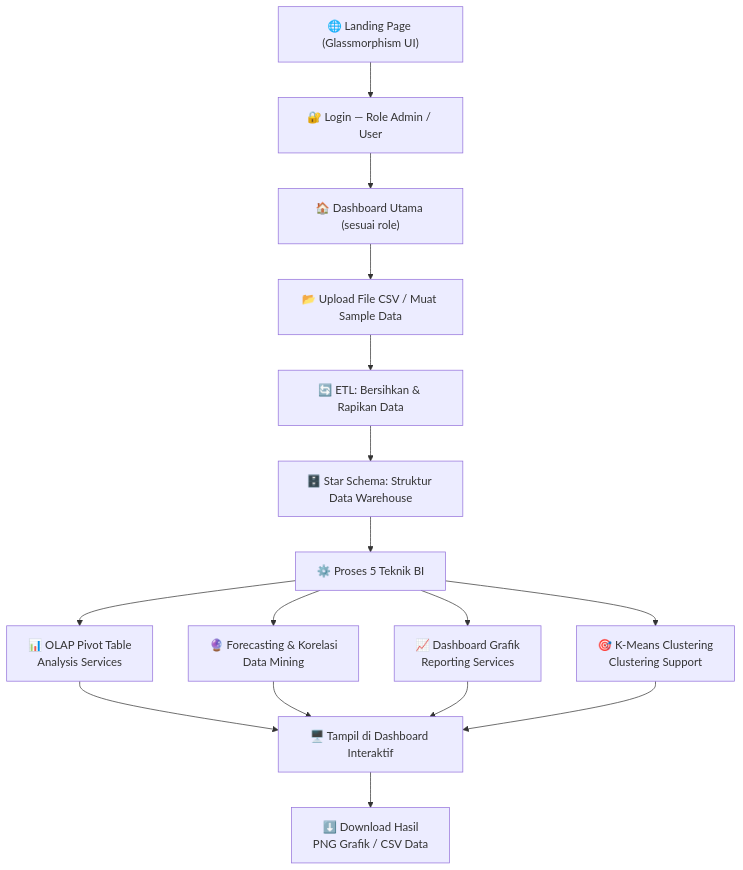
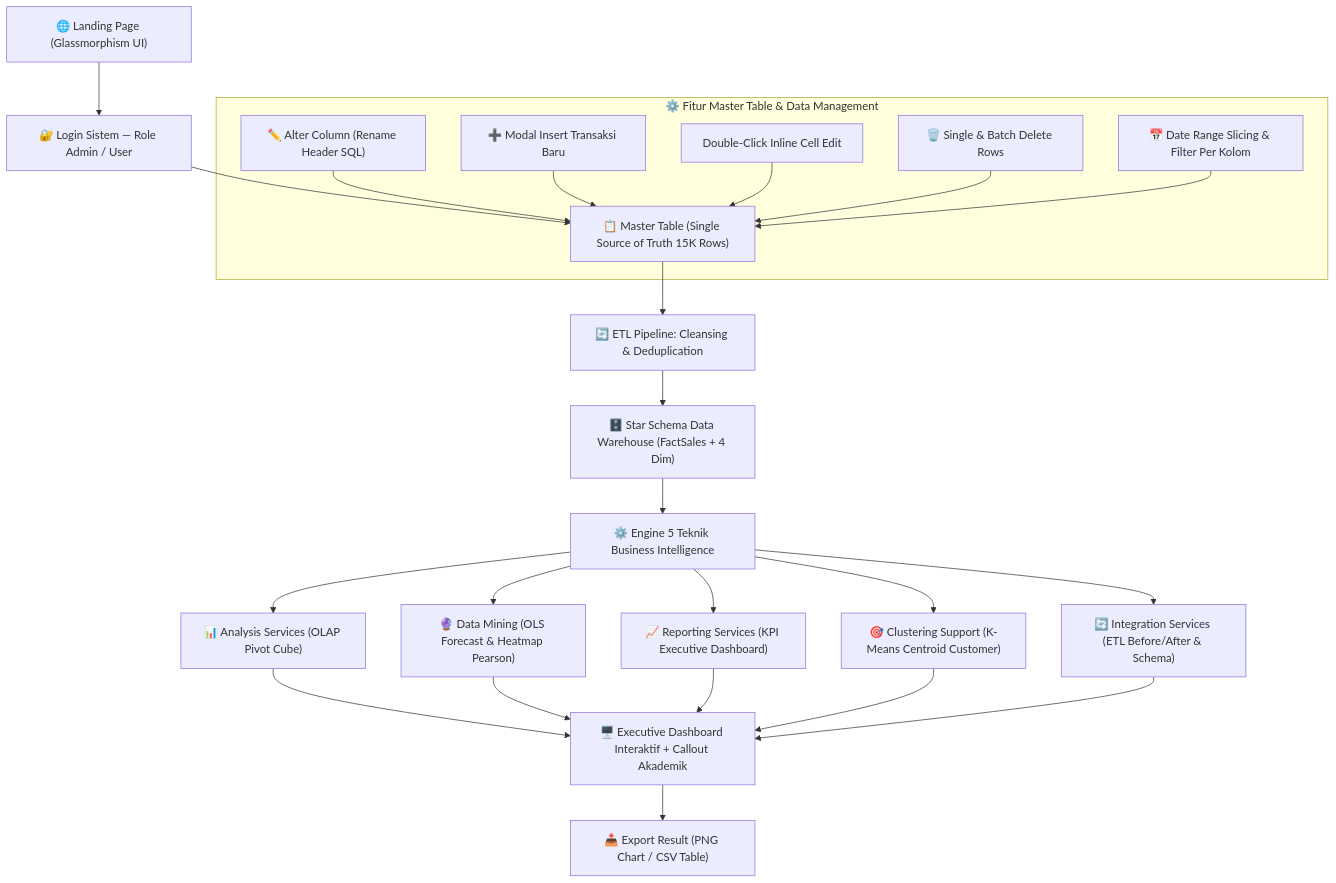
Before and after one commit to Yoohash-noob/bi-dashboard-analytics: the first of 2 diagrams in PLANNING.md, drawn with Mermaid. The commit also changed other lines of this file and 1 other file, not shown here.

Commit message:
docs: Update PLANNING.md and README.md with 15k dataset table structure data dictionary, dynamic alter column details, and lecturer defense recommendations

````diff
--- a/PLANNING.md
+++ b/PLANNING.md
@@ -28,17 +27,27 @@
 ```mermaid
 flowchart TD
-    A["🌐 Landing Page (Glassmorphism UI)"] --> B["🔐 Login — Role Admin / User"]
-    B --> C["🏠 Dashboard Utama (sesuai role)"]
-    C --> D["📂 Upload File CSV / Muat Sample Data"]
-    D --> E["🔄 ETL: Bersihkan & Rapikan Data"]
-    E --> F["🗄️ Star Schema: Struktur Data Warehouse"]
-    F --> G["⚙️ Proses 5 Teknik BI"]
+    A["🌐 Landing Page (Glassmorphism UI)"] --> B["🔐 Login Sistem — Role Admin / User"]
+    B --> C["📋 Master Table (Single Source of Truth 15K Rows)"]
+    
+    subgraph MasterTable ["⚙️ Fitur Master Table & Data Management"]
+        C1["✏️ Alter Column (Rename Header SQL)"]
+        C2["➕ Modal Insert Transaksi Baru"]
+        C3["Double-Click Inline Cell Edit"]
+        C4["🗑️ Single & Batch Delete Rows"]
+        C5["📅 Date Range Slicing & Filter Per Kolom"]
+        C1 & C2 & C3 & C4 & C5 --> C
+    end
 
-    G --> H["📊 OLAP Pivot Table\nAnalysis Services"]
-    G --> I["🔮 Forecasting & Korelasi\nData Mining"]
-    G --> J["📈 Dashboard Grafik\nReporting Services"]
-    G --> K["🎯 K-Means Clustering\nClustering Support"]
+    C --> D["🔄 ETL Pipeline: Cleansing & Deduplication"]
+    D --> E["🗄️ Star Schema Data Warehouse (FactSales + 4 Dim)"]
+    E --> F["⚙️ Engine 5 Teknik Business Intelligence"]
 
-    H & I & J & K --> L["🖥️ Tampil di Dashboard Interaktif"]
-    L --> M["⬇️ Download Hasil\nPNG Grafik / CSV Data"]
+    F --> G["📊 Analysis Services (OLAP Pivot Cube)"]
+    F --> H["🔮 Data Mining (OLS Forecast & Heatmap Pearson)"]
+    F --> I["📈 Reporting Services (KPI Executive Dashboard)"]
+    F --> J["🎯 Clustering Support (K-Means Centroid Customer)"]
+    F --> K["🔄 Integration Services (ETL Before/After & Schema)"]
+
+    G & H & I & J & K --> L["🖥️ Executive Dashboard Interaktif + Callout Akademik"]
+    L --> M["📥 Export Result (PNG Chart / CSV Table)"]
 ```
````
